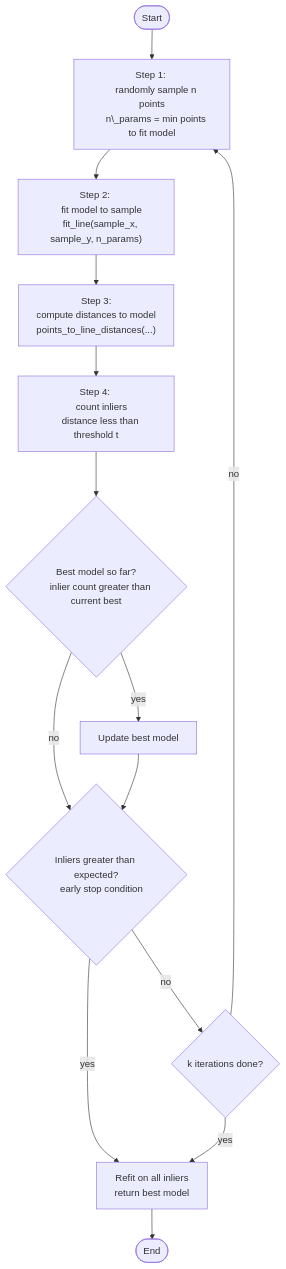
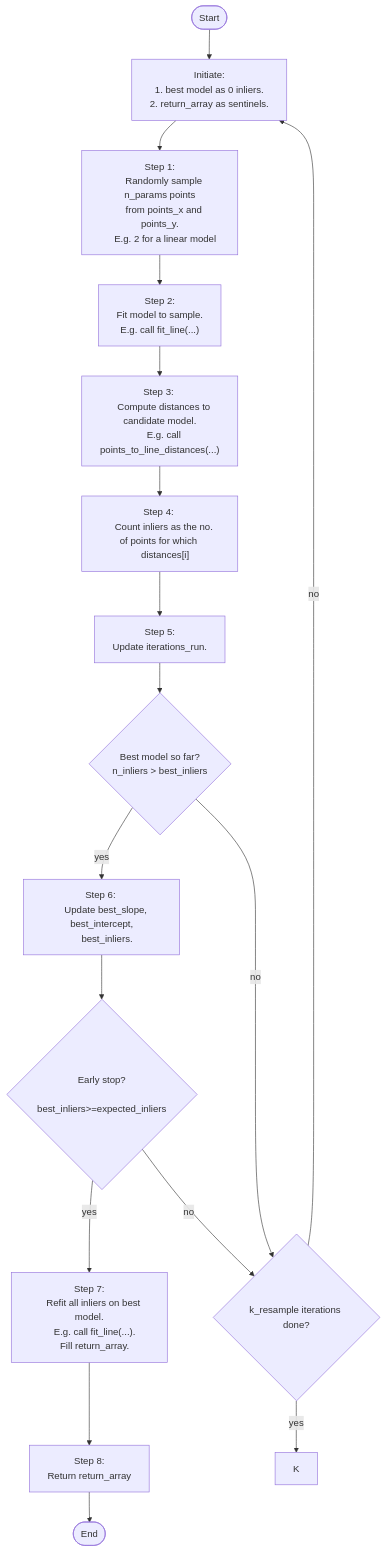
Before and after one commit to arshsinghphd/RANSAC-analysis: the diagram in README.md, drawn with Mermaid. The commit also changed other lines of this file, not shown here.

Commit message:
rewrite algorithm and flowchart

````diff
--- a/README.md
+++ b/README.md
@@ -65,43 +69,66 @@
 ```mermaid
 flowchart TD
     A([Start]) --> B
 
-    B["Step 1: 
-    randomly sample n points
-    n\_params = min points to fit model"]
-    B --> C
+    B["Initiate: 
+        1. best model as 0 inliers.
+        2. return_array as sentinels."]
+    B --> B2
+
+    B2["Step 1:
+    Randomly sample n_params points
+    from points_x and points_y.
+    E.g. 2 for a linear model"]
+    
+    B2 --> C
 
     C["Step 2: 
-    fit model to sample
-    fit_line(sample_x, sample_y, n_params)"]
+    Fit model to sample.
+    E.g. call fit_line(...)"]
     C --> D
 
     D["Step 3: 
-    compute distances to model
-    points_to_line_distances(...)"]
+    Compute distances to candidate model.
+    E.g. call points_to_line_distances(...)"]
     D --> E
 
     E["Step 4: 
-    count inliers
-    distance less than threshold t"]
-    E --> F
+    Count inliers as the no. of points for which 
+    distances[i]<threshold t"]
+    E --> F1
+
+    F1["Step 5: 
+    Update iterations_run."]
+    F1 --> F
+
     F{"Best model so far?
-    inlier count greater than current best"}
+    n_inliers > best_inliers"}
+    F -- yes --> G
+    F -- no --> I
 
-    F -- yes --> G["Update best model"]
-    F -- no --> H
+    G["Step 6: 
+    Update best_slope, best_intercept,
+    best_inliers."]
     G --> H
 
-    H{"Inliers greater than expected?
-    early stop condition"}
-    H -- yes --> J
+    H{"Early stop?
+    best_inliers>=expected_inliers"}
+    H -- yes --> L
     H -- no --> I
 
-    I{"k iterations done?"}
+    I{"k_resample iterations done?"}
     I -- no --> B
-    I -- yes --> J
+    I -- yes --> K
+    
+    L["Step 7:
+    Refit all inliers on best model.
+    E.g. call fit_line(...).
+    Fill return_array."]
+    L --> M
+    
+    M["Step 8: 
+    Return return_array"]
+    M --> P
 
-    J["Refit on all inliers
-    return best model"]
-    J --> K([End])
+    P([End])
 ```
````
